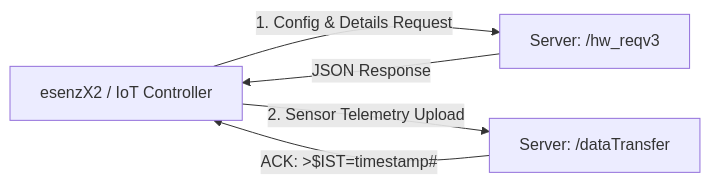
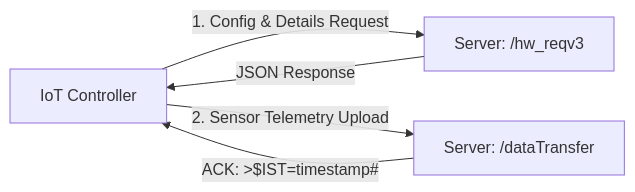
The second of 2 diagrams in JSON_CONFIG_AND_DEBUG_COMMANDS.md (userdevil/IotController), drawn with Mermaid before and after one commit. The commit also changed other lines of this file and 1 other file, not shown here.

````diff
--- a/JSON_CONFIG_AND_DEBUG_COMMANDS.md
+++ b/JSON_CONFIG_AND_DEBUG_COMMANDS.md
@@ -512,7 +512,7 @@
 ```mermaid
 flowchart LR
-    Device[esenzX2 / IoT Controller] -->|1. Config & Details Request| ServerConfig[Server: /hw_reqv3]
+    Device[IoT Controller] -->|1. Config & Details Request| ServerConfig[Server: /hw_reqv3]
     Device -->|2. Sensor Telemetry Upload| ServerData[Server: /dataTransfer]
     ServerConfig -->|JSON Response| Device
     ServerData -->|ACK: >$IST=timestamp#| Device
 ```
````
